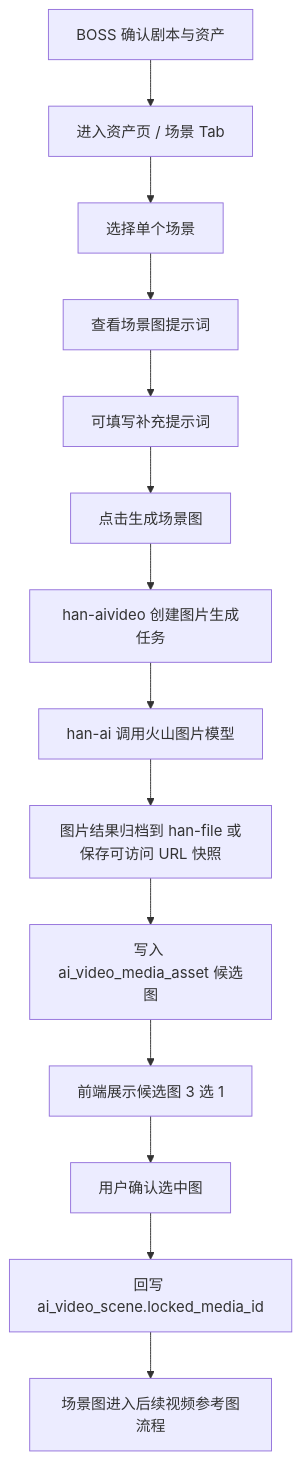
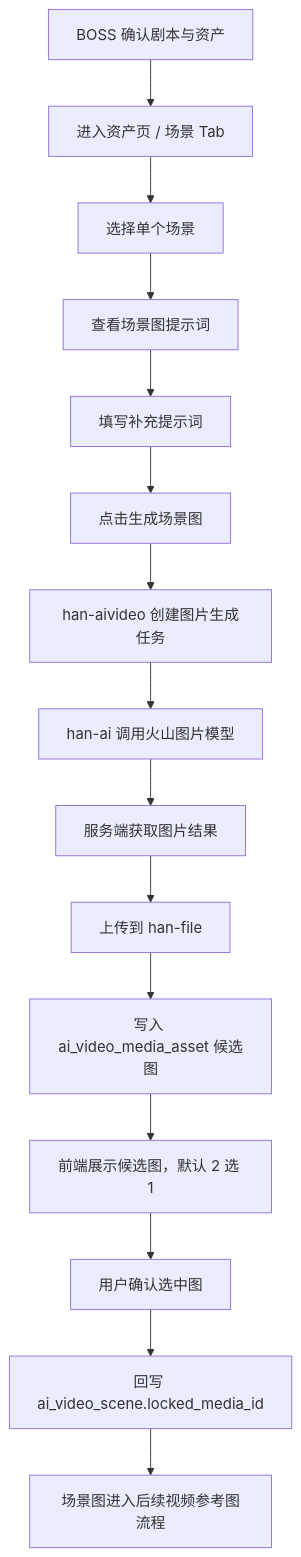
The first of 2 diagrams in docs/aivideo/MVP2场景图生成设计确认稿.md (790331416/Han), drawn with Mermaid before and after one commit. The commit also changed other lines of this file and 3 other files, not shown here.

````diff
--- a/docs/aivideo/MVP2场景图生成设计确认稿.md
+++ b/docs/aivideo/MVP2场景图生成设计确认稿.md
@@ -64,16 +80,17 @@
 ```mermaid
 flowchart TD
   A["BOSS 确认剧本与资产"] --> B["进入资产页 / 场景 Tab"]
   B --> C["选择单个场景"]
   C --> D["查看场景图提示词"]
-  D --> E["可填写补充提示词"]
+  D --> E["填写补充提示词"]
   E --> F["点击生成场景图"]
   F --> G["han-aivideo 创建图片生成任务"]
   G --> H["han-ai 调用火山图片模型"]
-  H --> I["图片结果归档到 han-file 或保存可访问 URL 快照"]
-  I --> J["写入 ai_video_media_asset 候选图"]
-  J --> K["前端展示候选图 3 选 1"]
-  K --> L["用户确认选中图"]
-  L --> M["回写 ai_video_scene.locked_media_id"]
-  M --> N["场景图进入后续视频参考图流程"]
+  H --> I["服务端获取图片结果"]
+  I --> J["上传到 han-file"]
+  J --> K["写入 ai_video_media_asset 候选图"]
+  K --> L["前端展示候选图，默认 2 选 1"]
+  L --> M["用户确认选中图"]
+  M --> N["回写 ai_video_scene.locked_media_id"]
+  N --> O["场景图进入后续视频参考图流程"]
 ```
````
